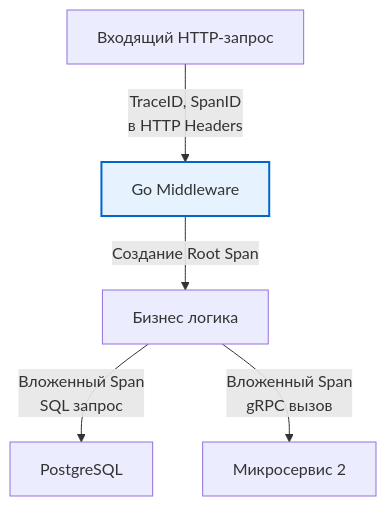
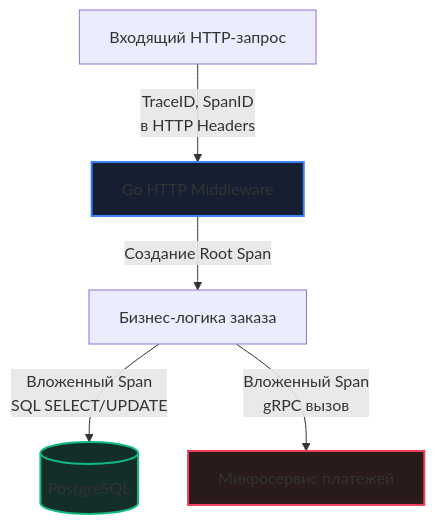
The diagram in sources/16. Профилирование, отладка и производительность/10. Highload/8. Observability и performance.md (UnrealTemplier/go-textbook), drawn with Mermaid before and after one commit. The commit also changed other lines of this file, not shown here.

````diff
--- a/sources/16. Профилирование, отладка и производительность/10. Highload/8. Observability и performance.md
+++ b/sources/16. Профилирование, отладка и производительность/10. Highload/8. Observability и performance.md
@@ -53,9 +64,11 @@
 ```mermaid
 flowchart TD
-    A["Входящий HTTP-запрос"] -->|"TraceID, SpanID<br>в HTTP Headers"| B["Go Middleware"]
-    B -->|"Создание Root Span"| C["Бизнес логика"]
-    C -->|"Вложенный Span<br>SQL запрос"| D["PostgreSQL"]
-    C -->|"Вложенный Span<br>gRPC вызов"| E["Микросервис 2"]
+    Client["Входящий HTTP-запрос"] -->|"TraceID, SpanID<br>в HTTP Headers"| Mid["Go HTTP Middleware"]
+    Mid -->|"Создание Root Span"| Logic["Бизнес-логика заказа"]
+    Logic -->|"Вложенный Span<br>SQL SELECT/UPDATE"| DB[("PostgreSQL")]
+    Logic -->|"Вложенный Span<br>gRPC вызов"| Payment["Микросервис платежей"]
     
-    style B fill:#e6f3ff,stroke:#0066cc,stroke-width:2px
+    style Mid fill:#161e31,stroke:#3b82f6,stroke-width:2px
+    style DB fill:#132d29,stroke:#10b981,stroke-width:2px
+    style Payment fill:#2a1b1b,stroke:#f43f5e,stroke-width:2px
 ```
````
